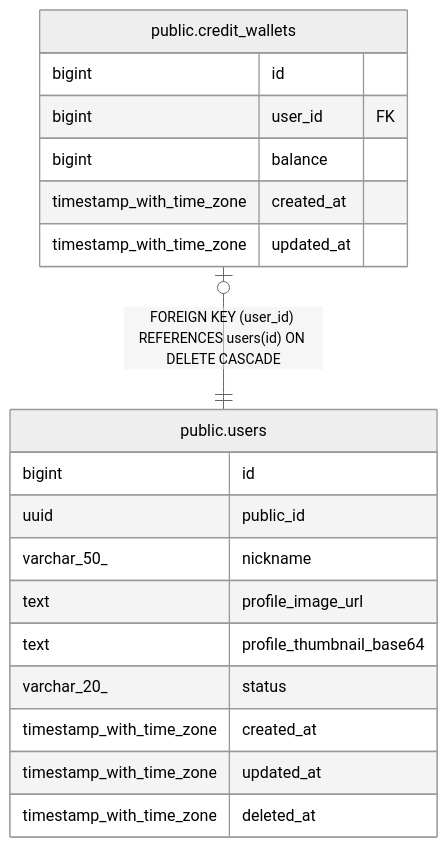
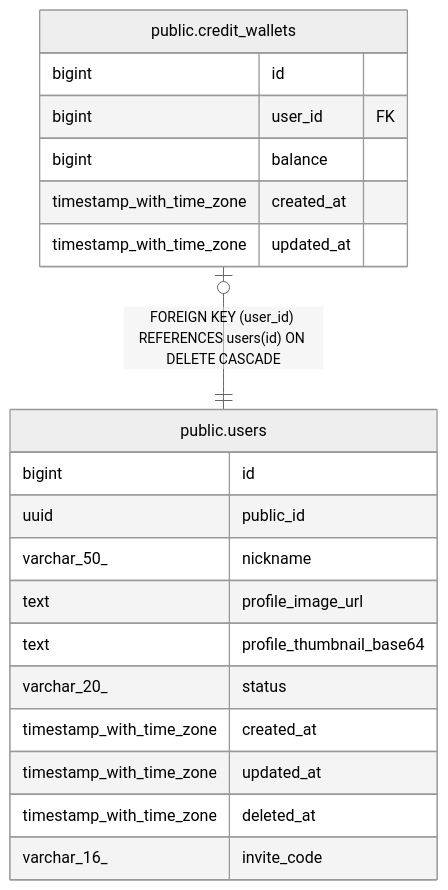
Before and after one commit to KIM-N-KANG/manyak-server: the diagram in dbdoc/public.credit_wallets.md, drawn with Mermaid (neutral theme). The commit also changed 19 other files, not shown here.

````diff
--- a/dbdoc/public.credit_wallets.md
+++ b/dbdoc/public.credit_wallets.md
@@ -31,24 +31,25 @@
 ```mermaid
 erDiagram
 
 "public.credit_wallets" |o--|| "public.users" : "FOREIGN KEY (user_id) REFERENCES users(id) ON DELETE CASCADE"
 
 "public.credit_wallets" {
   bigint id
   bigint user_id FK
   bigint balance
   timestamp_with_time_zone created_at
   timestamp_with_time_zone updated_at
 }
 "public.users" {
   bigint id
   uuid public_id
   varchar_50_ nickname
   text profile_image_url
   text profile_thumbnail_base64
   varchar_20_ status
   timestamp_with_time_zone created_at
   timestamp_with_time_zone updated_at
   timestamp_with_time_zone deleted_at
+  varchar_16_ invite_code
 }
 ```
````
